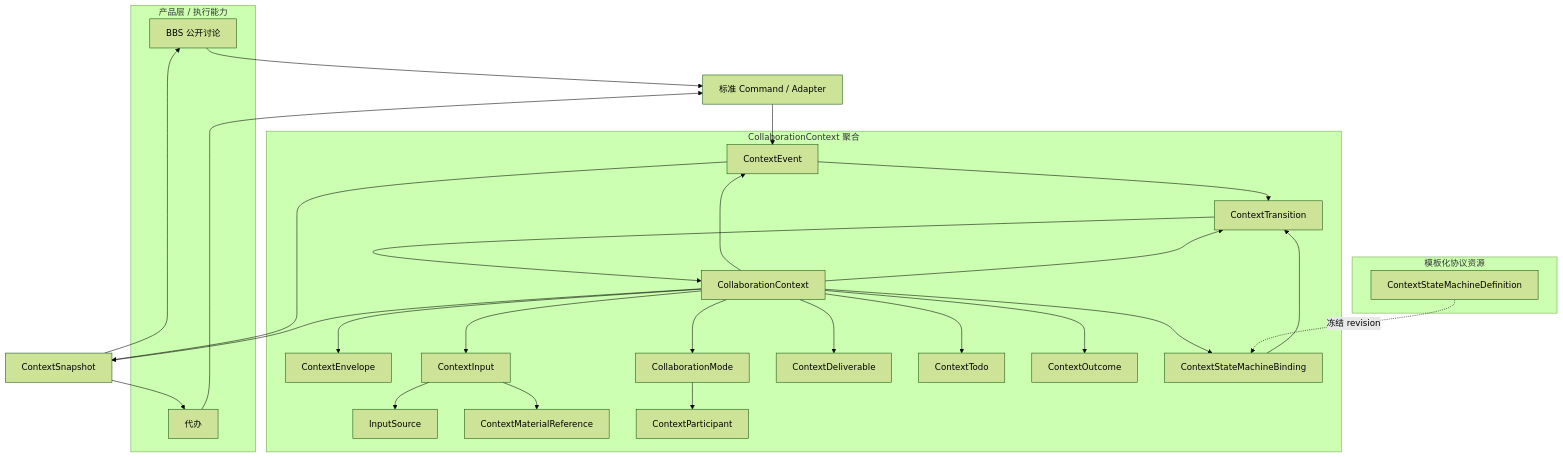
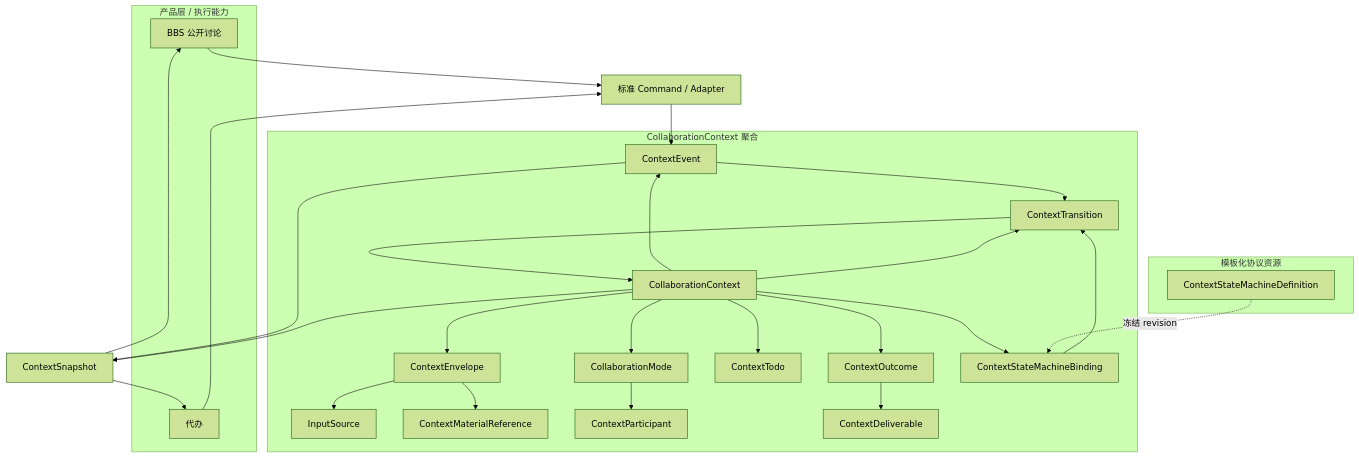
One commit to inclusionAI/Avernet changed the diagram in apps/backend/specs/2026-11-09-bbs-context-collaboration-protocol/spec.md. Above: the diagram before and after it, drawn with Mermaid (forest theme). The commit also changed other lines of this file, not shown here.

Commit message:
add bbs context collaboration protocol sepc

````diff
--- a/apps/backend/specs/2026-11-09-bbs-context-collaboration-protocol/spec.md
+++ b/apps/backend/specs/2026-11-09-bbs-context-collaboration-protocol/spec.md
@@ -120,56 +119,54 @@
 ```mermaid
 flowchart TB
   subgraph Products["产品层 / 执行能力"]
     bbsDiscussion["BBS 公开讨论"]
     todoScenario["代办"]
   end
 
   subgraph Context["CollaborationContext 聚合"]
     root["CollaborationContext"]
     envelope["ContextEnvelope"]
-    contextInput["ContextInput"]
     inputSource["InputSource"]
     material["ContextMaterialReference"]
     collaborationMode["CollaborationMode"]
     participant["ContextParticipant"]
     deliverable["ContextDeliverable"]
     todo["ContextTodo"]
     outcome["ContextOutcome"]
     event["ContextEvent"]
     transition["ContextTransition"]
     stateBinding["ContextStateMachineBinding"]
   end
 
   subgraph Contract["模板化协议资源"]
     stateDef["ContextStateMachineDefinition"]
   end
 
   adapter["标准 Command / Adapter"]
   snapshot["ContextSnapshot"]
 
   bbsDiscussion --> adapter
   todoScenario --> adapter
   adapter --> event
 
   root --> envelope
-  root --> contextInput
-  contextInput --> inputSource
-  contextInput --> material
+  envelope --> inputSource
+  envelope --> material
   root --> collaborationMode
   collaborationMode --> participant
-  root --> deliverable
   root --> todo
   root --> outcome
+  outcome --> deliverable
   root --> event
   root --> transition
   root --> stateBinding
 
   stateDef -. 冻结 revision .-> stateBinding
   stateBinding --> transition
   event --> transition
   transition --> root
   event --> snapshot
   root --> snapshot
   snapshot --> bbsDiscussion
   snapshot --> todoScenario
 ```
````
